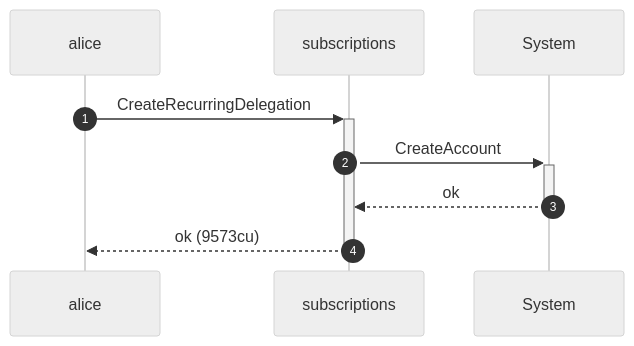
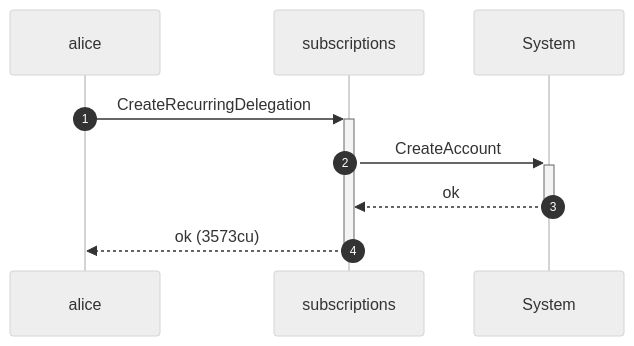
Before and after one commit to cds-rs/subscriptions: the sixth of 8 diagrams in dsl_tests/recurring-transfer-past-the-drift-window-is-refused.md, drawn with Mermaid (neutral theme). The commit also changed other lines of this file and 224 other files, not shown here.

````diff
--- a/dsl_tests/recurring-transfer-past-the-drift-window-is-refused.md
+++ b/dsl_tests/recurring-transfer-past-the-drift-window-is-refused.md
@@ -116,11 +122,11 @@
 ```mermaid
 sequenceDiagram
     autonumber
     participant alice
     participant subscriptions
     participant System
     alice ->>+ subscriptions: CreateRecurringDelegation
     subscriptions ->>+ System: CreateAccount
     System -->>- subscriptions: ok
-    subscriptions -->>- alice: ok (9573cu)
+    subscriptions -->>- alice: ok (3573cu)
 ```
````
